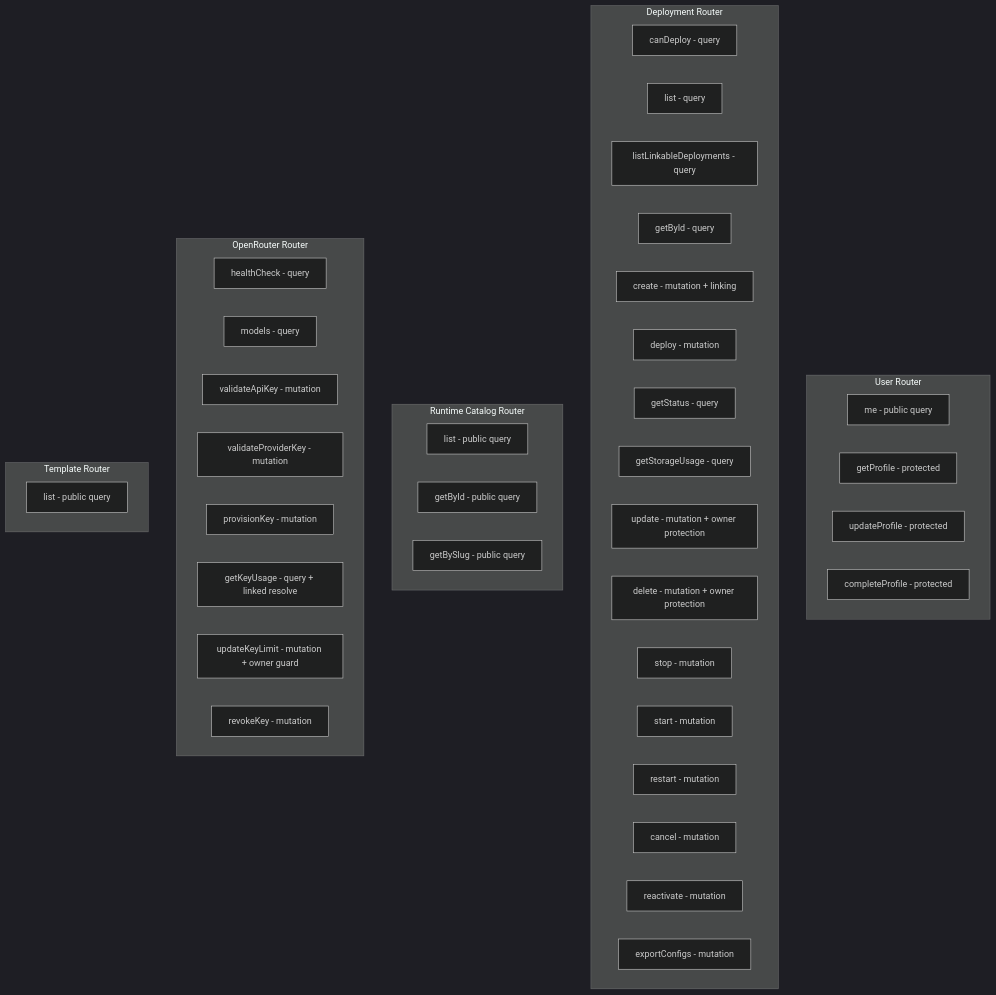
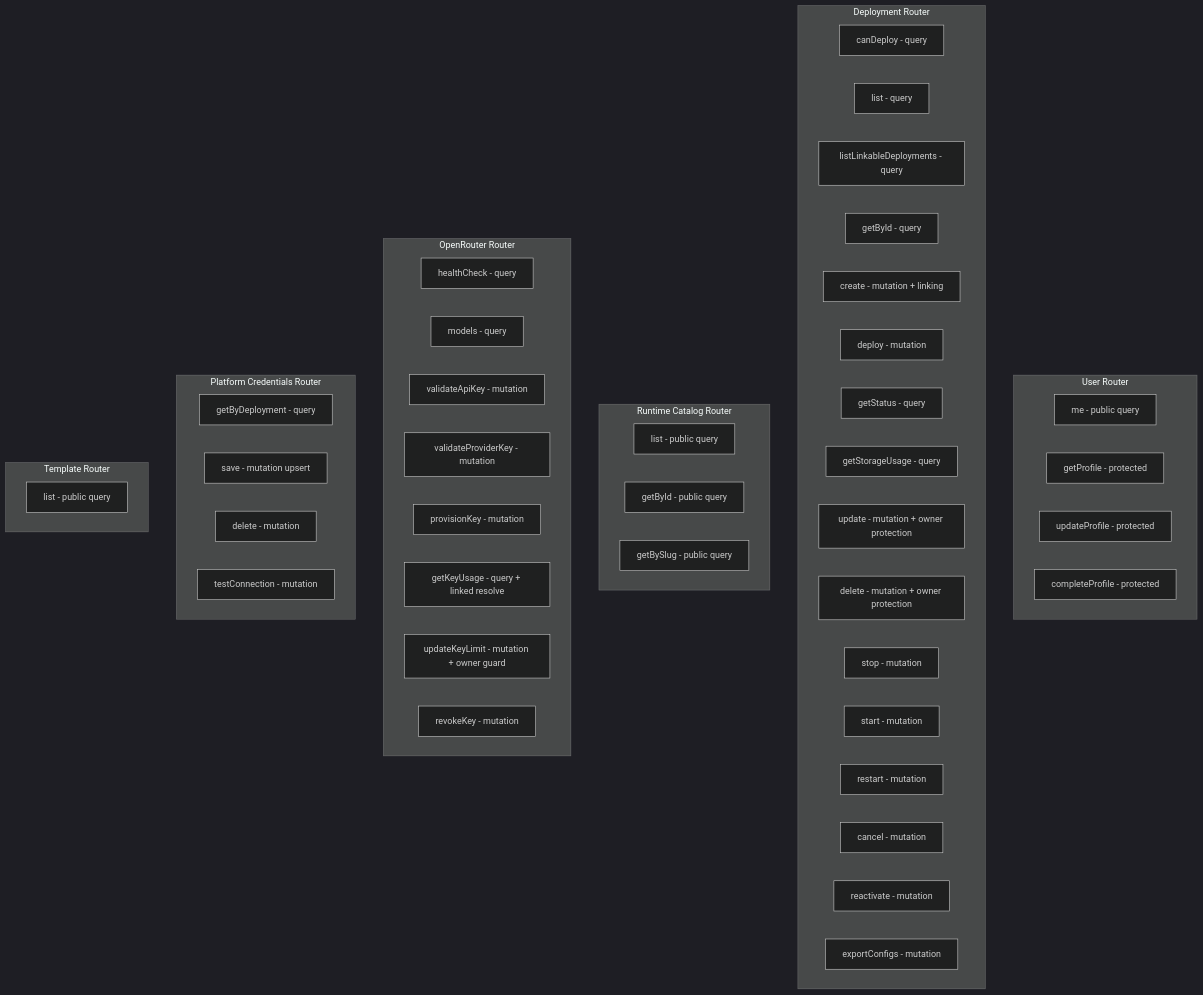
One commit to Bretthb/jarble changed the fourth of 15 diagrams in OVERVIEW.md. Above: the diagram before and after it, drawn with Mermaid (dark theme). The commit also changed other lines of this file and 14 other files, not shown here.

````diff
--- a/OVERVIEW.md
+++ b/OVERVIEW.md
@@ -165,49 +165,56 @@
 ```mermaid
 graph TB
     subgraph "User Router"
         U1[me - public query]
         U2[getProfile - protected]
         U3[updateProfile - protected]
         U4[completeProfile - protected]
     end
 
     subgraph "Deployment Router"
         D1[canDeploy - query]
         D2[list - query]
         D2b[listLinkableDeployments - query]
         D3[getById - query]
         D4[create - mutation + linking]
         D5[deploy - mutation]
         D6[getStatus - query]
         D6b[getStorageUsage - query]
         D7[update - mutation + owner protection]
         D8[delete - mutation + owner protection]
         D9[stop - mutation]
         D10[start - mutation]
         D11[restart - mutation]
         D12[cancel - mutation]
         D13[reactivate - mutation]
         D14[exportConfigs - mutation]
     end
 
     subgraph "Runtime Catalog Router"
         RC1[list - public query]
         RC2[getById - public query]
         RC3[getBySlug - public query]
     end
 
     subgraph "OpenRouter Router"
         OR1[healthCheck - query]
         OR2[models - query]
         OR3[validateApiKey - mutation]
         OR4[validateProviderKey - mutation]
         OR5[provisionKey - mutation]
         OR6[getKeyUsage - query + linked resolve]
         OR7[updateKeyLimit - mutation + owner guard]
         OR8[revokeKey - mutation]
     end
 
+    subgraph "Platform Credentials Router"
+        PC1[getByDeployment - query]
+        PC2[save - mutation upsert]
+        PC3[delete - mutation]
+        PC4[testConnection - mutation]
+    end
+
     subgraph "Template Router"
         T1[list - public query]
     end
 ```
````
